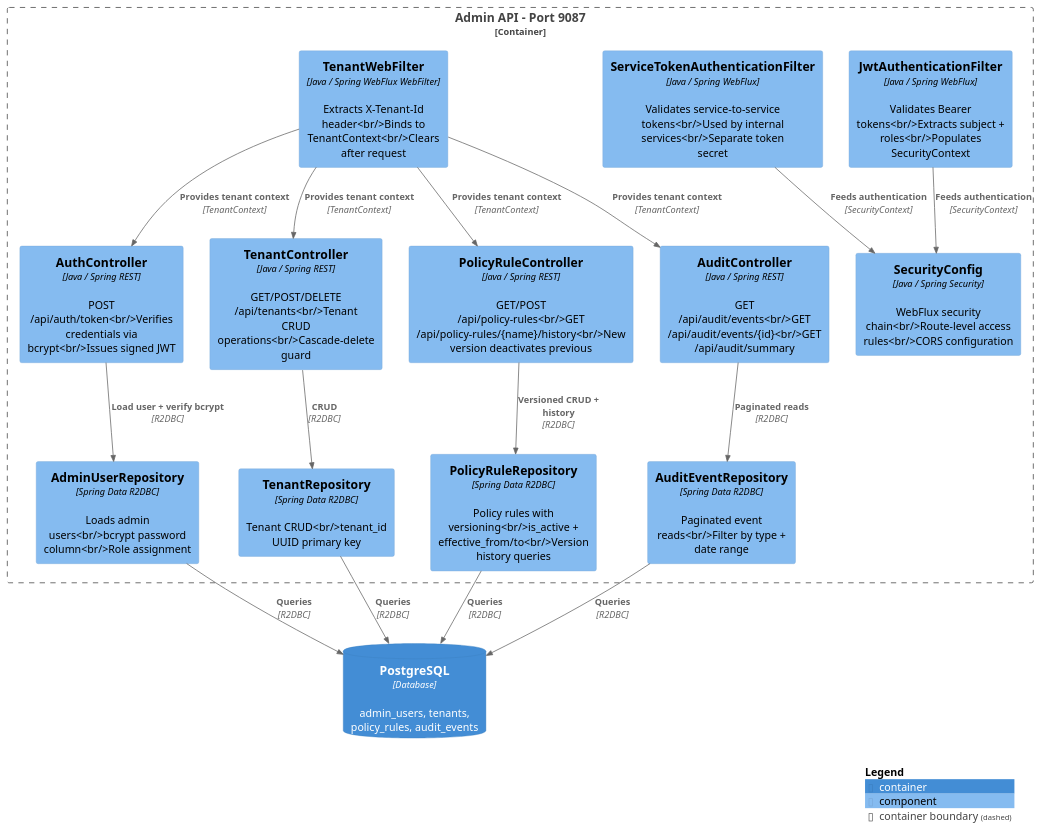
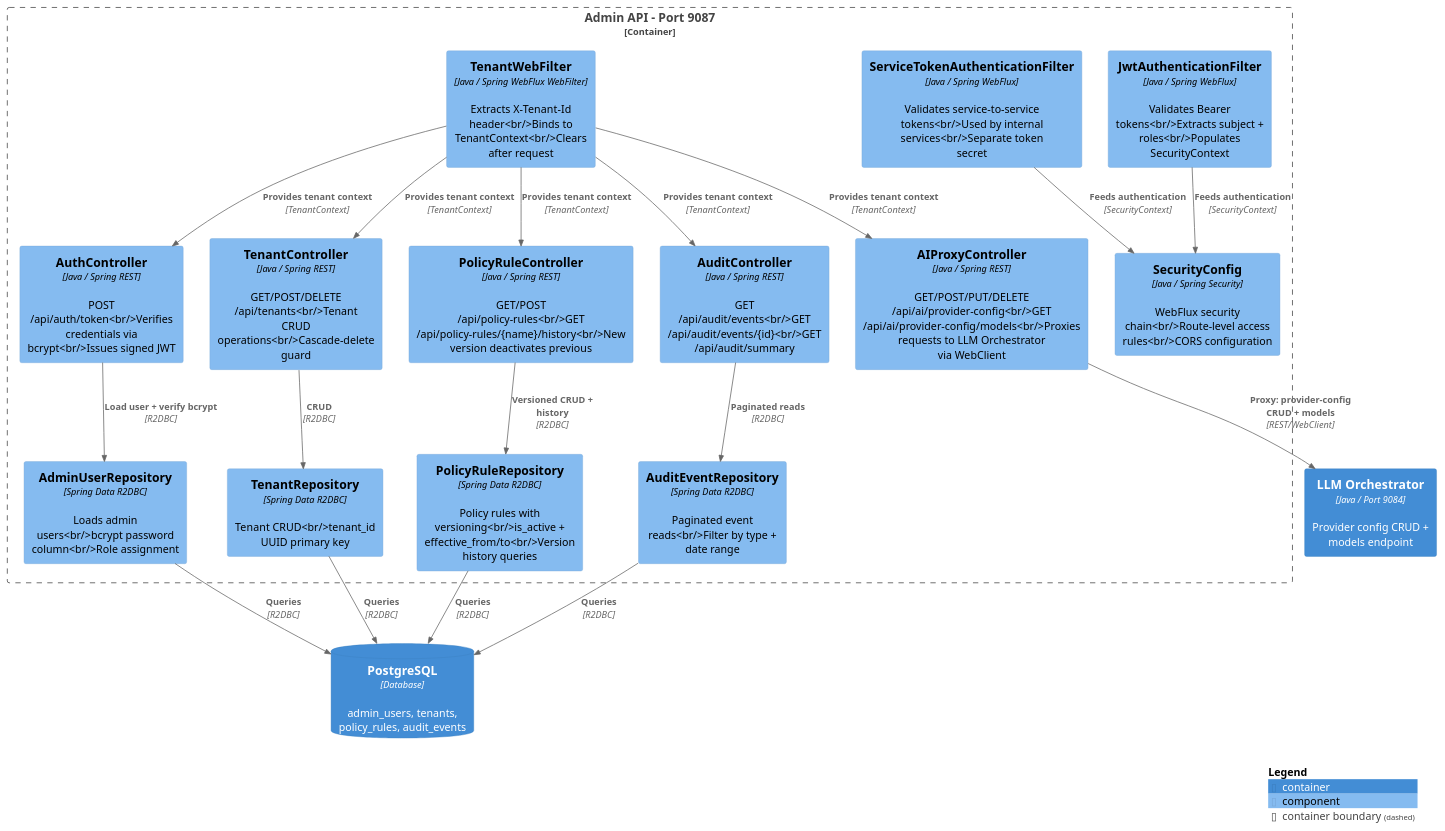
One commit to theyellow/ecip changed the diagram in documentation/diagrams/c3-admin-api.puml. Above: the diagram before and after it, drawn with PlantUML. The commit also changed 3 other files, not shown here.

First line of the commit message:
docs(diagrams): update component names to match LiteLLM implementation

```diff
--- a/documentation/diagrams/c3-admin-api.puml
+++ b/documentation/diagrams/c3-admin-api.puml
@@ -1,60 +1,66 @@
 @startuml C3_Admin_API
 !include https://raw.githubusercontent.com/plantuml-stdlib/C4-PlantUML/master/C4_Component.puml
 
 ' Purpose: Component-level view of Admin API — auth, tenant, policy rule, audit controllers
 ' Used in: architecture-guide.adoc - Component Details section
 
 LAYOUT_WITH_LEGEND()
 
 Container_Boundary(admin_api, "Admin API - Port 9087") {
 
     ' Security Layer
     Component(jwt_filter, "JwtAuthenticationFilter", "Java / Spring WebFlux", "Validates Bearer tokens<br/>Extracts subject + roles<br/>Populates SecurityContext")
 
     Component(svc_token_filter, "ServiceTokenAuthenticationFilter", "Java / Spring WebFlux", "Validates service-to-service tokens<br/>Used by internal services<br/>Separate token secret")
 
     Component(security_config, "SecurityConfig", "Java / Spring Security", "WebFlux security chain<br/>Route-level access rules<br/>CORS configuration")
 
     Component(tenant_filter, "TenantWebFilter", "Java / Spring WebFlux WebFilter", "Extracts X-Tenant-Id header<br/>Binds to TenantContext<br/>Clears after request")
 
     ' Controllers
     Component(auth_ctrl, "AuthController", "Java / Spring REST", "POST /api/auth/token<br/>Verifies credentials via bcrypt<br/>Issues signed JWT")
 
     Component(tenant_ctrl, "TenantController", "Java / Spring REST", "GET/POST/DELETE /api/tenants<br/>Tenant CRUD operations<br/>Cascade-delete guard")
 
     Component(policy_ctrl, "PolicyRuleController", "Java / Spring REST", "GET/POST /api/policy-rules<br/>GET /api/policy-rules/{name}/history<br/>New version deactivates previous")
 
     Component(audit_ctrl, "AuditController", "Java / Spring REST", "GET /api/audit/events<br/>GET /api/audit/events/{id}<br/>GET /api/audit/summary")
 
+    Component(ai_proxy_ctrl, "AIProxyController", "Java / Spring REST", "GET/POST/PUT/DELETE /api/ai/provider-config<br/>GET /api/ai/provider-config/models<br/>Proxies requests to LLM Orchestrator via WebClient")
+
     ' Repositories (R2DBC)
     Component(admin_user_repo, "AdminUserRepository", "Spring Data R2DBC", "Loads admin users<br/>bcrypt password column<br/>Role assignment")
 
     Component(tenant_repo, "TenantRepository", "Spring Data R2DBC", "Tenant CRUD<br/>tenant_id UUID primary key")
 
     Component(policy_repo, "PolicyRuleRepository", "Spring Data R2DBC", "Policy rules with versioning<br/>is_active + effective_from/to<br/>Version history queries")
 
     Component(audit_repo, "AuditEventRepository", "Spring Data R2DBC", "Paginated event reads<br/>Filter by type + date range")
 }
 
 ContainerDb(postgres, "PostgreSQL", "Database", "admin_users, tenants, policy_rules, audit_events")
+Container(llm_orchestrator, "LLM Orchestrator", "Java / Port 9084", "Provider config CRUD + models endpoint")
 
 ' Request path
 Rel(jwt_filter, security_config, "Feeds authentication", "SecurityContext")
 Rel(svc_token_filter, security_config, "Feeds authentication", "SecurityContext")
 Rel(tenant_filter, auth_ctrl, "Provides tenant context", "TenantContext")
 Rel(tenant_filter, tenant_ctrl, "Provides tenant context", "TenantContext")
 Rel(tenant_filter, policy_ctrl, "Provides tenant context", "TenantContext")
 Rel(tenant_filter, audit_ctrl, "Provides tenant context", "TenantContext")
 
 Rel(auth_ctrl, admin_user_repo, "Load user + verify bcrypt", "R2DBC")
 Rel(tenant_ctrl, tenant_repo, "CRUD", "R2DBC")
 Rel(policy_ctrl, policy_repo, "Versioned CRUD + history", "R2DBC")
 Rel(audit_ctrl, audit_repo, "Paginated reads", "R2DBC")
 
 Rel(admin_user_repo, postgres, "Queries", "R2DBC")
 Rel(tenant_repo, postgres, "Queries", "R2DBC")
 Rel(policy_repo, postgres, "Queries", "R2DBC")
 Rel(audit_repo, postgres, "Queries", "R2DBC")
 
+Rel(tenant_filter, ai_proxy_ctrl, "Provides tenant context", "TenantContext")
+Rel(ai_proxy_ctrl, llm_orchestrator, "Proxy: provider-config CRUD + models", "REST/WebClient")
+
 SHOW_LEGEND()
 @enduml
```
